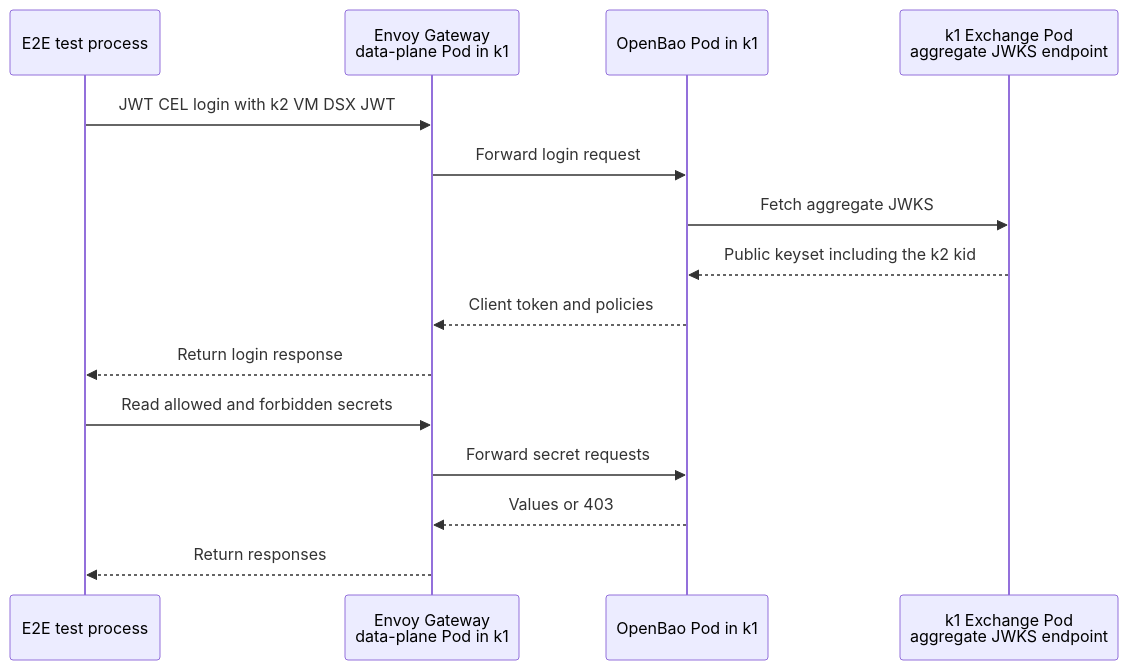
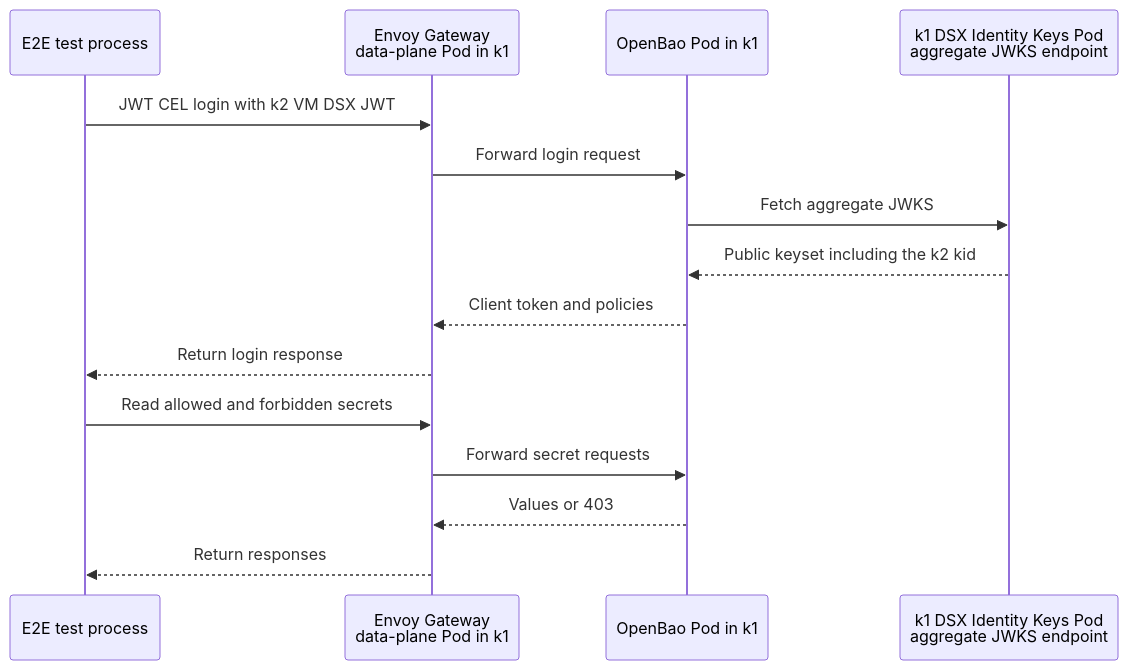
Before and after one commit to dsx-ai-factory/nvidia-workload-identity: the sixth of 6 diagrams in README.md, drawn with Mermaid. The commit also changed other lines of this file and 68 other files, not shown here.

Commit message:
fix!: rename component to dsx-identity-keys

````diff
--- a/README.md
+++ b/README.md
@@ -683,18 +683,18 @@
 ```mermaid
 sequenceDiagram
   participant Test as E2E test process
   participant Gateway as Envoy Gateway<br/>data-plane Pod in k1
   participant Bao as OpenBao Pod in k1
-  participant JWKS as k1 Exchange Pod<br/>aggregate JWKS endpoint
+  participant JWKS as k1 DSX Identity Keys Pod<br/>aggregate JWKS endpoint
 
   Test->>Gateway: JWT CEL login with k2 VM DSX JWT
   Gateway->>Bao: Forward login request
   Bao->>JWKS: Fetch aggregate JWKS
   JWKS-->>Bao: Public keyset including the k2 kid
   Bao-->>Gateway: Client token and policies
   Gateway-->>Test: Return login response
   Test->>Gateway: Read allowed and forbidden secrets
   Gateway->>Bao: Forward secret requests
   Bao-->>Gateway: Values or 403
   Gateway-->>Test: Return responses
 ```
````
